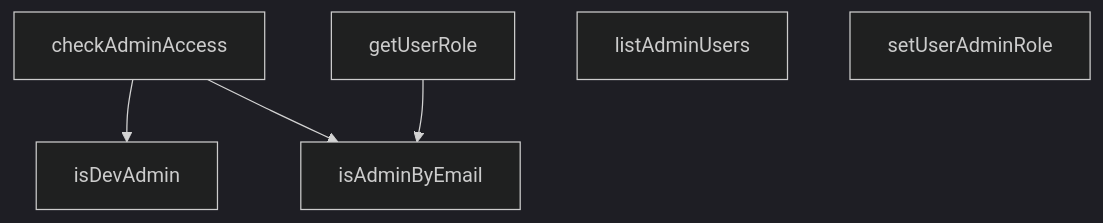
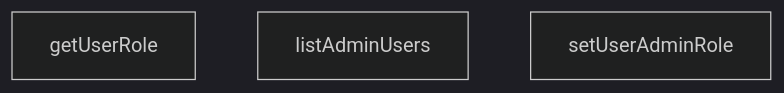
Before and after one commit to peckop/venthub-hvac-esite: the diagram in src/config/admin.md, drawn with Mermaid (dark theme). The commit also changed other lines of this file and 22 other files, not shown here.

````diff
--- a/src/config/admin.md
+++ b/src/config/admin.md
@@ -174,12 +130,6 @@
 ```mermaid
 graph TD
-    admin_ts__checkAdminAccess["checkAdminAccess"]
     admin_ts__getUserRole["getUserRole"]
-    admin_ts__isAdminByEmail["isAdminByEmail"]
-    admin_ts__isDevAdmin["isDevAdmin"]
     admin_ts__listAdminUsers["listAdminUsers"]
     admin_ts__setUserAdminRole["setUserAdminRole"]
-    admin_ts__checkAdminAccess --> admin_ts__isDevAdmin
-    admin_ts__getUserRole --> admin_ts__isAdminByEmail
-    admin_ts__checkAdminAccess --> admin_ts__isAdminByEmail
 ```
````
